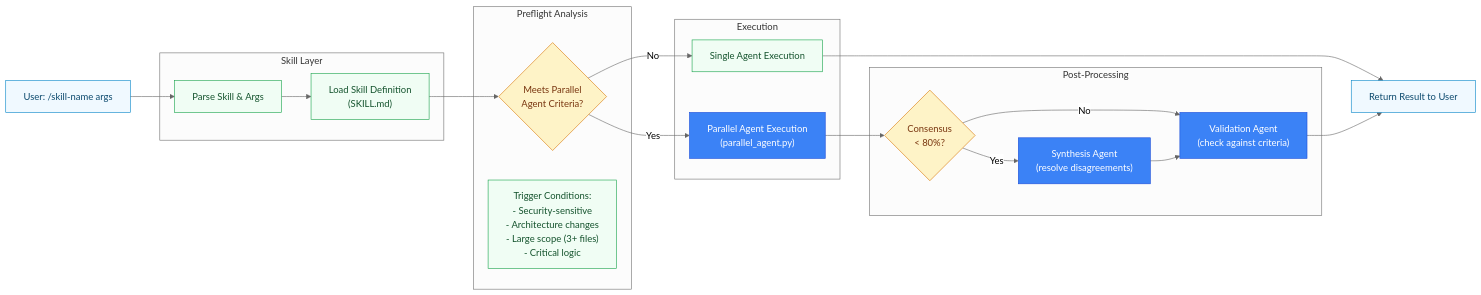
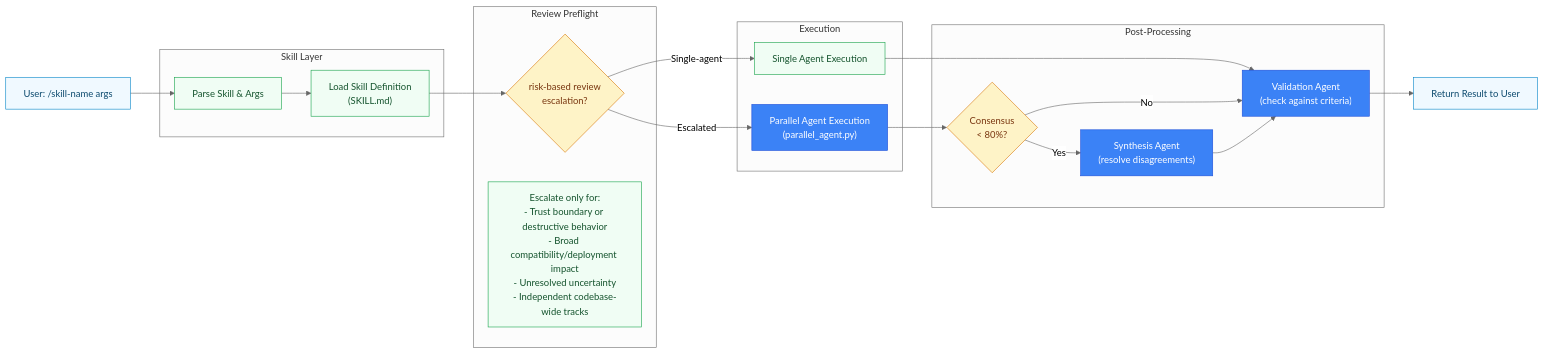
Before and after one commit to RB-chrismandich/Manifest: the first of 3 diagrams in docs/diagrams/validation.md, drawn with Mermaid. The commit also changed other lines of this file and 73 other files, not shown here.

First line of the commit message:
Make plugin review escalation risk-based (#883)

````diff
--- a/docs/diagrams/validation.md
+++ b/docs/diagrams/validation.md
@@ -11,48 +11,48 @@
 ```mermaid
 %%{init: {'theme':'neutral'}}%%
 flowchart LR
     classDef input fill:#f0f9ff,stroke:#0284c7,color:#0c4a6e
     classDef process fill:#f0fdf4,stroke:#16a34a,color:#14532d
     classDef decision fill:#fef3c7,stroke:#d97706,color:#78350f
     classDef external fill:#3b82f6,stroke:#1d4ed8,color:#fff
 
     USER["User: /skill-name args"]:::input
 
     subgraph "Skill Layer"
         PARSE["Parse Skill & Args"]:::process
         LOAD_CMD["Load Skill Definition<br/>(SKILL.md)"]:::process
     end
 
-    subgraph "Preflight Analysis"
-        CHECK_CRITERIA{"Meets Parallel<br/>Agent Criteria?"}:::decision
-        TRIGGER["Trigger Conditions:<br/>- Security-sensitive<br/>- Architecture changes<br/>- Large scope (3+ files)<br/>- Critical logic"]:::process
+    subgraph "Review Preflight"
+        CHECK_CRITERIA{"risk-based review<br/>escalation?"}:::decision
+        TRIGGER["Escalate only for:<br/>- Trust boundary or destructive behavior<br/>- Broad compatibility/deployment impact<br/>- Unresolved uncertainty<br/>- Independent codebase-wide tracks"]:::process
     end
 
     subgraph "Execution"
         SINGLE["Single Agent Execution"]:::process
         PARALLEL["Parallel Agent Execution<br/>(parallel_agent.py)"]:::external
     end
 
     subgraph "Post-Processing"
         SYNTHESIS{"Consensus<br/>< 80%?"}:::decision
         SYNTH_AGENT["Synthesis Agent<br/>(resolve disagreements)"]:::external
         VALIDATION["Validation Agent<br/>(check against criteria)"]:::external
     end
 
     OUTPUT["Return Result to User"]:::input
 
     USER --> PARSE
     PARSE --> LOAD_CMD
     LOAD_CMD --> CHECK_CRITERIA
 
-    CHECK_CRITERIA -->|Yes| PARALLEL
-    CHECK_CRITERIA -->|No| SINGLE
+    CHECK_CRITERIA -->|Escalated| PARALLEL
+    CHECK_CRITERIA -->|Single-agent| SINGLE
 
     PARALLEL --> SYNTHESIS
-    SINGLE --> OUTPUT
+    SINGLE --> VALIDATION
 
     SYNTHESIS -->|Yes| SYNTH_AGENT
     SYNTHESIS -->|No| VALIDATION
     SYNTH_AGENT --> VALIDATION
     VALIDATION --> OUTPUT
 ```
````
